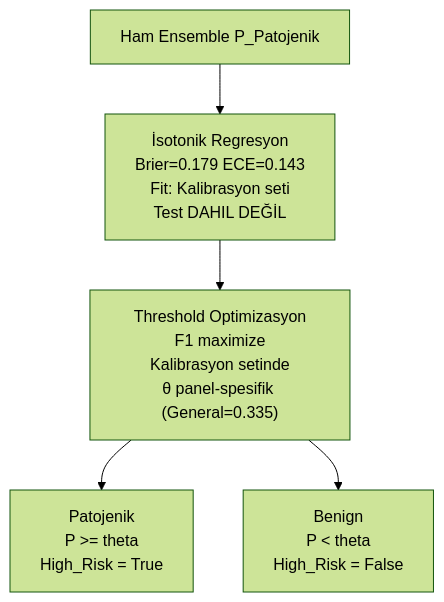
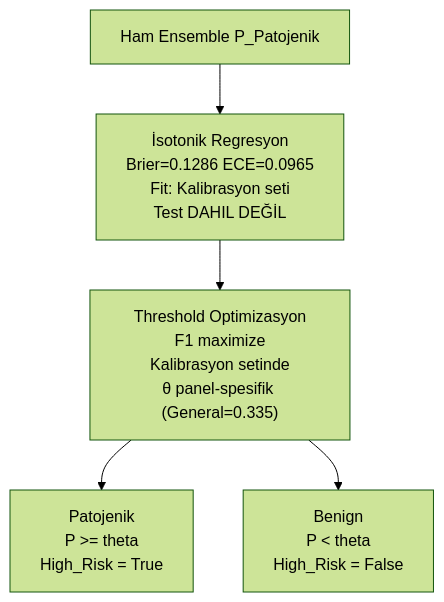
Before and after one commit to msgxr/VARIANT-GNN: diagram 14 of 16 in README.md, drawn with Mermaid (forest theme). The commit also changed other lines of this file and 2 other files, not shown here.

````diff
--- a/README.md
+++ b/README.md
@@ -713,12 +711,12 @@
 ```mermaid
 flowchart TD
     R["Ham Ensemble P_Patojenik"]
-    ISO["İsotonik Regresyon\nBrier=0.179  ECE=0.143\nFit: Kalibrasyon seti\nTest DAHIL DEĞİL"]
+    ISO["İsotonik Regresyon\nBrier=0.1286  ECE=0.0965\nFit: Kalibrasyon seti\nTest DAHIL DEĞİL"]
     TH["Threshold Optimizasyon\nF1 maximize\nKalibrasyon setinde\nθ panel-spesifik (General=0.335)"]
     PAT["Patojenik\nP >= theta\nHigh_Risk = True"]
     BEN["Benign\nP < theta\nHigh_Risk = False"]
 
     R --> ISO --> TH
     TH --> PAT
     TH --> BEN
 ```
````
